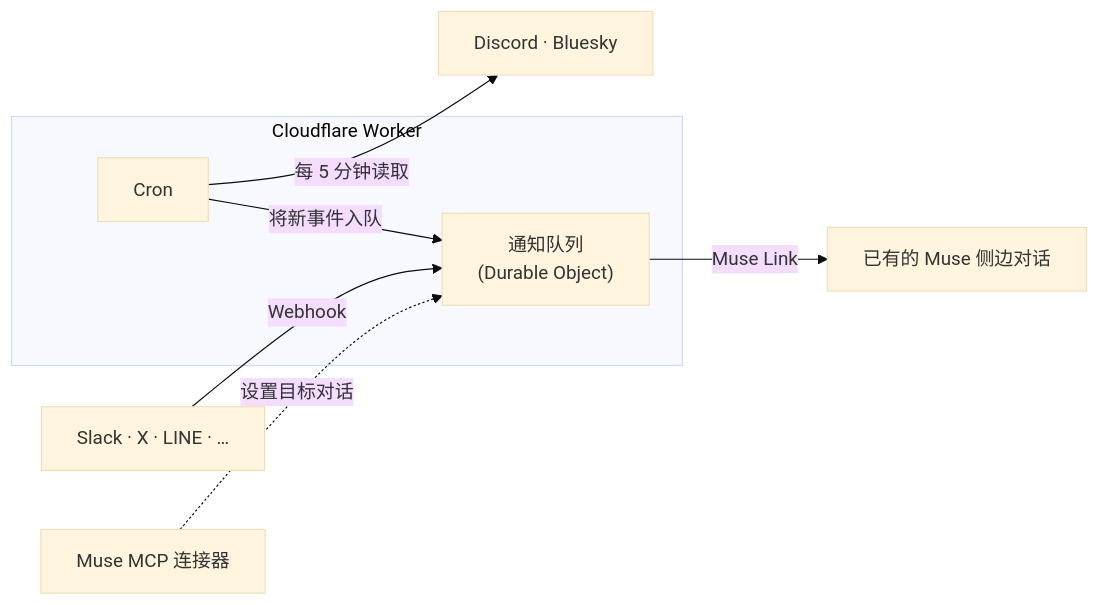
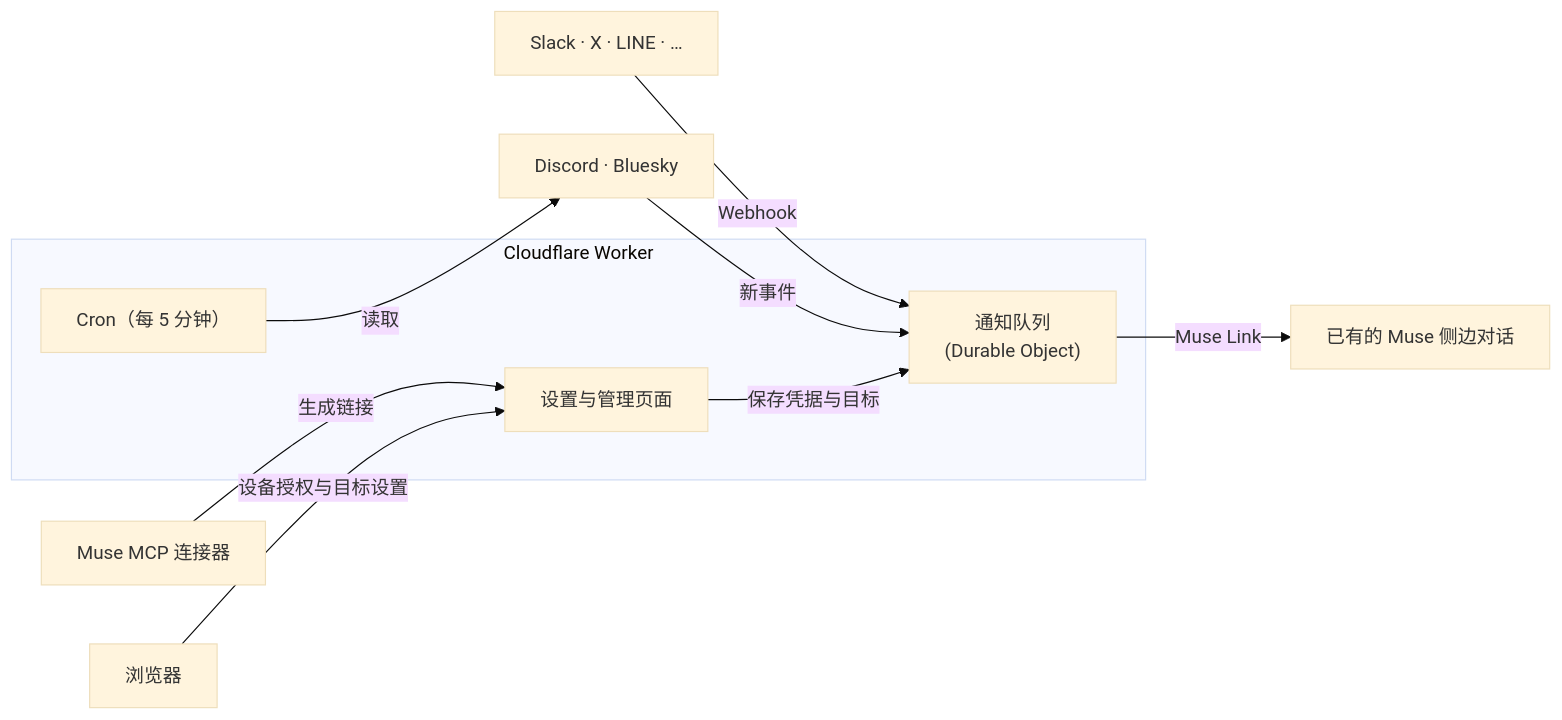
The diagram in README.zh-CN.md (Code-Hex/MuseKnock), drawn with Mermaid (base theme) before and after one commit. The commit also changed 2 other files, not shown here.

Commit message:
Correct setup and polling flow diagrams

````diff
--- a/README.zh-CN.md
+++ b/README.zh-CN.md
@@ -16,10 +16,15 @@
 ```mermaid
 flowchart LR
     hooks["Slack · X · LINE · …"] -->|Webhook| inbox
+    feeds["Discord · Bluesky"] -->|新事件| inbox
     subgraph worker["Cloudflare Worker"]
-        cron["Cron"] -->|"将新事件入队"| inbox["通知队列<br/>(Durable Object)"]
+        cron["Cron（每 5 分钟）"]
+        setup["设置与管理页面"]
+        inbox["通知队列<br/>(Durable Object)"]
     end
-    cron -->|"每 5 分钟读取"| feeds["Discord · Bluesky"]
-    admin["Muse MCP 连接器"] -.->|"设置目标对话"| inbox
+    cron -->|读取| feeds
+    admin["Muse MCP 连接器"] -->|生成链接| setup
+    browser["浏览器"] -->|设备授权与目标设置| setup
+    setup -->|保存凭据与目标| inbox
     inbox -->|"Muse Link"| chat["已有的 Muse 侧边对话"]
 ```
````
